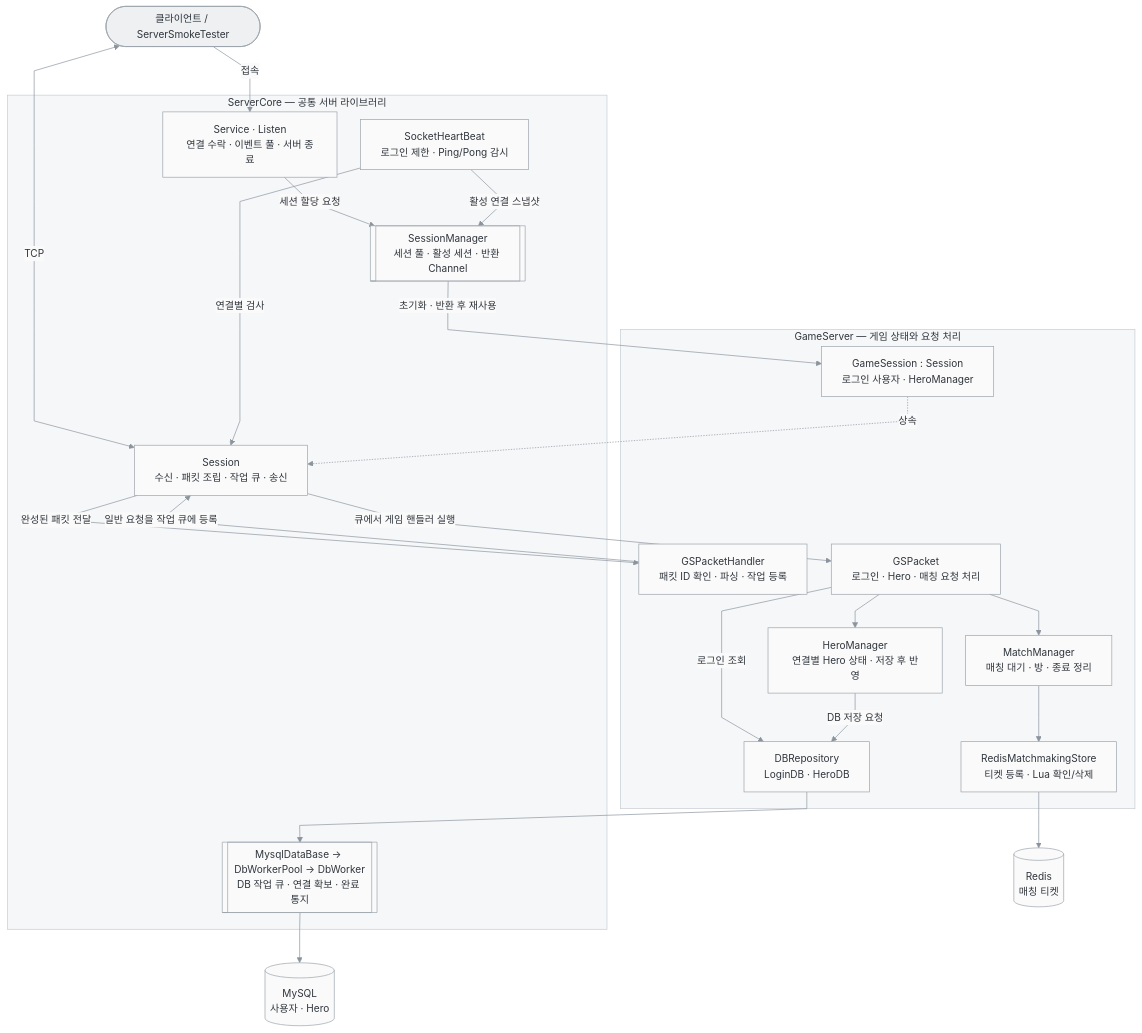
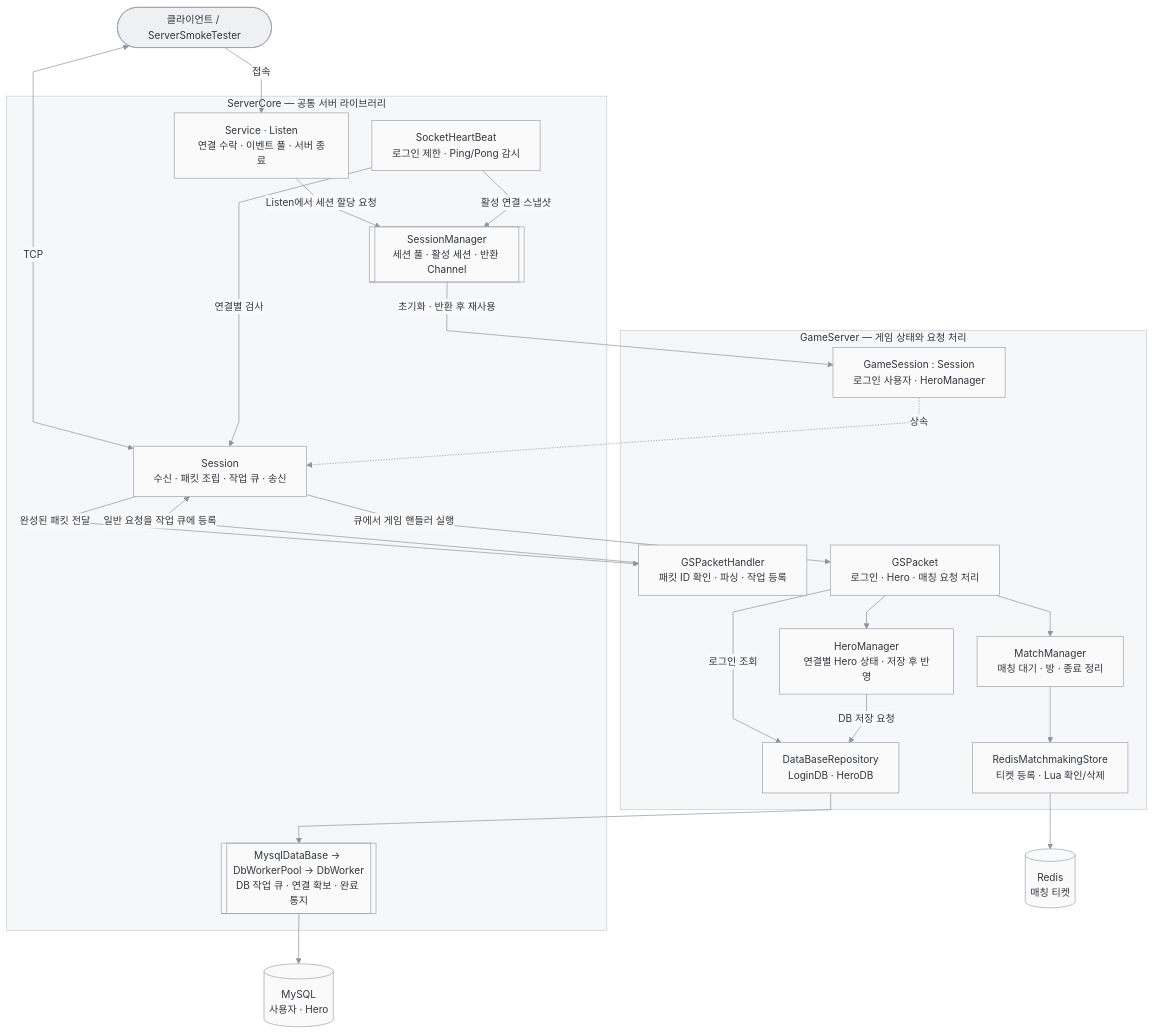
The diagram in README.md (GodDongjin/CSharpServer_Portfolio), drawn with Mermaid before and after one commit.

Commit message:
docs: align architecture diagrams with actual call order and lifecycle

````diff
--- a/README.md
+++ b/README.md
@@ -13,55 +13,55 @@
 ```mermaid
 %%{init: {"theme": "base", "themeVariables": {"fontFamily": "Segoe UI, Malgun Gothic, sans-serif", "fontSize": "15px", "primaryColor": "#fafafa", "primaryTextColor": "#30363d", "primaryBorderColor": "#8b949e", "lineColor": "#8b949e", "secondaryColor": "#f2f3f4", "tertiaryColor": "#fafafa", "textColor": "#30363d", "actorBkg": "#f6f7f8", "actorBorder": "#8b949e", "actorTextColor": "#30363d", "signalColor": "#8b949e", "signalTextColor": "#30363d", "noteBkgColor": "#f6f7f8", "noteTextColor": "#30363d", "noteBorderColor": "#8b949e", "labelBoxBkgColor": "#f6f7f8", "labelTextColor": "#30363d", "clusterBkg": "#f6f7f8", "clusterBorder": "#c5cbd1", "edgeLabelBackground": "#fafafa", "activationBkgColor": "#e6e8eb", "activationBorderColor": "#8b949e", "sequenceNumberColor": "#ffffff"}, "flowchart": {"curve": "linear", "nodeSpacing": 35, "rankSpacing": 50}, "sequence": {"mirrorActors": false, "actorMargin": 35, "messageMargin": 30}}}%%
 flowchart TB
     Client(["클라이언트 / ServerSmokeTester"])
     subgraph Core["ServerCore — 공통 서버 라이브러리"]
         Service["Service · Listen<br/>연결 수락 · 이벤트 풀 · 서버 종료"]
         Manager[["SessionManager<br/>세션 풀 · 활성 세션 · 반환 Channel"]]
         Session["Session<br/>수신 · 패킷 조립 · 작업 큐 · 송신"]
         Heartbeat["SocketHeartBeat<br/>로그인 제한 · Ping/Pong 감시"]
         DB[["MysqlDataBase → DbWorkerPool → DbWorker<br/>DB 작업 큐 · 연결 확보 · 완료 통지"]]
     end
     subgraph Game["GameServer — 게임 상태와 요청 처리"]
         GameSession["GameSession : Session<br/>로그인 사용자 · HeroManager"]
         Handler["GSPacketHandler<br/>패킷 ID 확인 · 파싱 · 작업 등록"]
         Packet["GSPacket<br/>로그인 · Hero · 매칭 요청 처리"]
         Hero["HeroManager<br/>연결별 Hero 상태 · 저장 후 반영"]
-        Repo["DBRepository<br/>LoginDB · HeroDB"]
+        Repo["DataBaseRepository<br/>LoginDB · HeroDB"]
         Match["MatchManager<br/>매칭 대기 · 방 · 종료 정리"]
         Store["RedisMatchmakingStore<br/>티켓 등록 · Lua 확인/삭제"]
     end
     MySQL[("MySQL<br/>사용자 · Hero")]
     Redis[("Redis<br/>매칭 티켓")]
     Client -->|접속| Service
-    Service -->|세션 할당 요청| Manager
+    Service -->|Listen에서 세션 할당 요청| Manager
     Manager -->|초기화 · 반환 후 재사용| GameSession
     GameSession -.->|상속| Session
     Client <-->|TCP| Session
     Heartbeat -->|활성 연결 스냅샷| Manager
     Heartbeat -->|연결별 검사| Session
     Session -->|완성된 패킷 전달| Handler
     Handler -->|일반 요청을 작업 큐에 등록| Session
     Session -->|큐에서 게임 핸들러 실행| Packet
     Packet --> Hero
     Packet -->|로그인 조회| Repo
     Hero -->|DB 저장 요청| Repo
     Repo --> DB
     DB --> MySQL
     Packet --> Match
     Match --> Store
     Store --> Redis
     classDef network fill:#fafafa,stroke:#9aa2aa,color:#30363d,stroke-width:1px
     classDef game fill:#fafafa,stroke:#9aa2aa,color:#30363d,stroke-width:1px
     classDef storage fill:#fafafa,stroke:#9aa2aa,color:#30363d,stroke-width:1px
     classDef queue fill:#fafafa,stroke:#9aa2aa,color:#30363d,stroke-width:1px
     classDef decision fill:#eef0f2,stroke:#9aa2aa,color:#30363d,stroke-width:1px
     classDef error fill:#fafafa,stroke:#9aa2aa,color:#30363d,stroke-width:1px
     classDef terminal fill:#eef0f2,stroke:#9aa2aa,color:#30363d,stroke-width:1px
     class Service,Session,Heartbeat network
     class GameSession,Handler,Packet,Hero,Match game
     class Repo,Store,MySQL,Redis storage
     class Manager,DB queue
     class Client terminal
     style Core fill:#f6f7f8,stroke:#c5cbd1,stroke-width:1px,color:#30363d
     style Game fill:#f6f7f8,stroke:#c5cbd1,stroke-width:1px,color:#30363d
 ```
````
